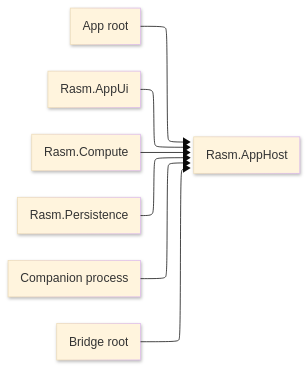
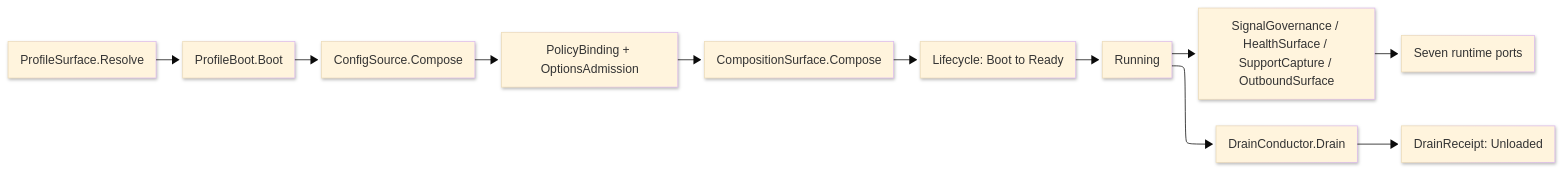
One commit to bsamiee/Rasm changed the diagram in libs/csharp/Rasm.AppHost/ARCHITECTURE.md. Above: the diagram before and after it, drawn with Mermaid. The commit also changed other lines of this file and 4 other files, not shown here.

First line of the commit message:
docs(csharp/apphost): P2+P4 — root docs rewritten, feature atlas finalized, charter completed

````diff
--- a/libs/csharp/Rasm.AppHost/ARCHITECTURE.md
+++ b/libs/csharp/Rasm.AppHost/ARCHITECTURE.md
@@ -9,17 +10,21 @@
 ```mermaid
 ---
 config:
   layout: elk
   look: neo
   theme: base
 ---
 flowchart LR
-    accTitle: AppHost runtime spine
-    accDescr: AppHost owns runtime policy and implementation packages adapt to it without AppHost referencing implementation assemblies.
-    AppRoot["App root"] --> AppHost["Rasm.AppHost"]
-    AppUi["Rasm.AppUi"] --> AppHost
-    Compute["Rasm.Compute"] --> AppHost
-    Persistence["Rasm.Persistence"] --> AppHost
-    Companion["Companion process"] --> AppHost
-    Bridge["Bridge root"] --> AppHost
+    accTitle: AppHost boot-to-drain spine
+    accDescr: Profile resolution feeds host boot, configuration, composition, and the lifecycle cell; runtime rails surround Running; the drain conductor folds participants into one unload receipt.
+    Resolve["ProfileSurface.Resolve"] --> Boot["ProfileBoot.Boot"]
+    Boot --> Compose["ConfigSource.Compose"]
+    Compose --> Admit["PolicyBinding + OptionsAdmission"]
+    Admit --> Fold["CompositionSurface.Compose"]
+    Fold --> Ready["Lifecycle: Boot to Ready"]
+    Ready --> Running["Running"]
+    Running --> Rails["SignalGovernance / HealthSurface / SupportCapture / OutboundSurface"]
+    Rails --> Ports["Seven runtime ports"]
+    Running --> Drain["DrainConductor.Drain"]
+    Drain --> Unloaded["DrainReceipt: Unloaded"]
 ```
````
